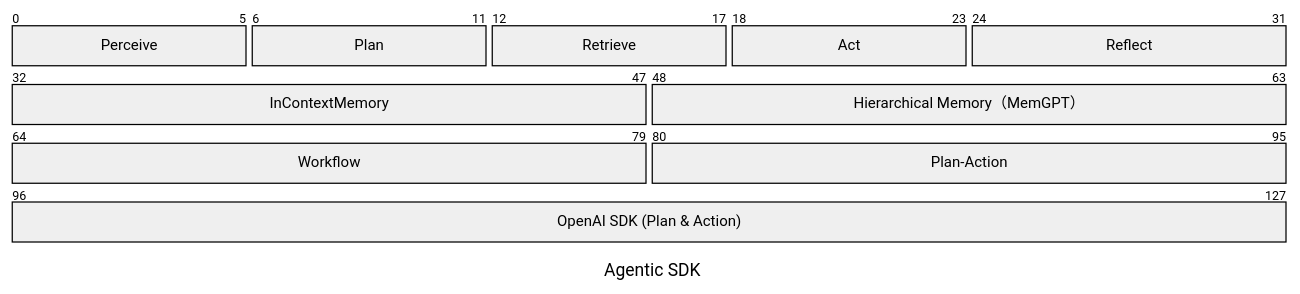
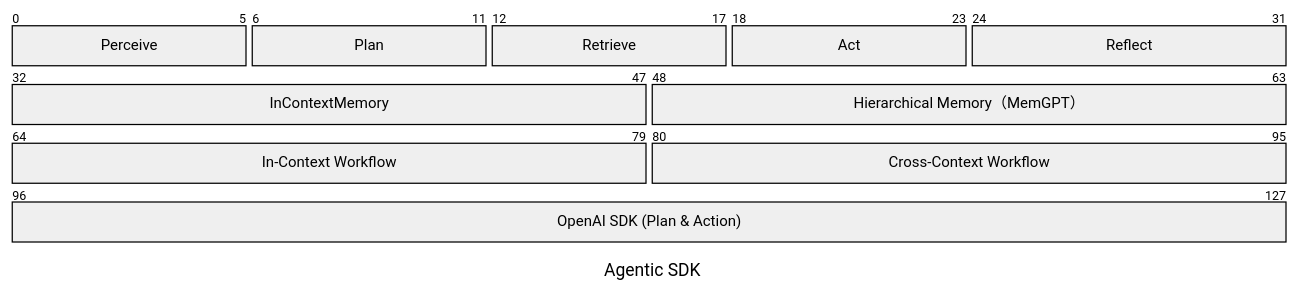
The first of 2 diagrams in profile/README.md (MarkovChenITRI/.github), drawn with Mermaid before and after one commit. The commit also changed other lines of this file, not shown here.

````diff
--- a/profile/README.md
+++ b/profile/README.md
@@ -29,16 +21,16 @@
 ```mermaid
 ---
 title: Agentic SDK
 ---
 packet
 0-5: "Perceive"
 6-11: "Plan"
 12-17: "Retrieve"
 18-23: "Act"
 24-31: "Reflect"
 32-47: "InContextMemory"
 48-63: "Hierarchical Memory（MemGPT）"
-64-79: "Workflow"
-80-95: "Plan-Action"
+64-79: "In-Context Workflow"
+80-95: "Cross-Context Workflow"
 96-127: "OpenAI SDK (Plan & Action)"
 ```
````
